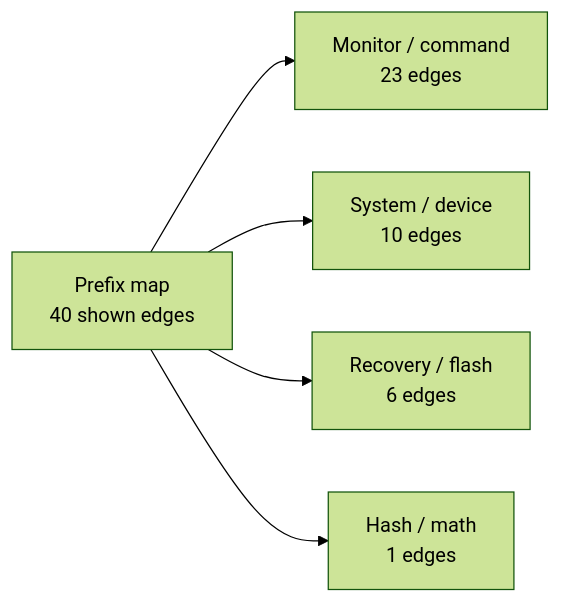
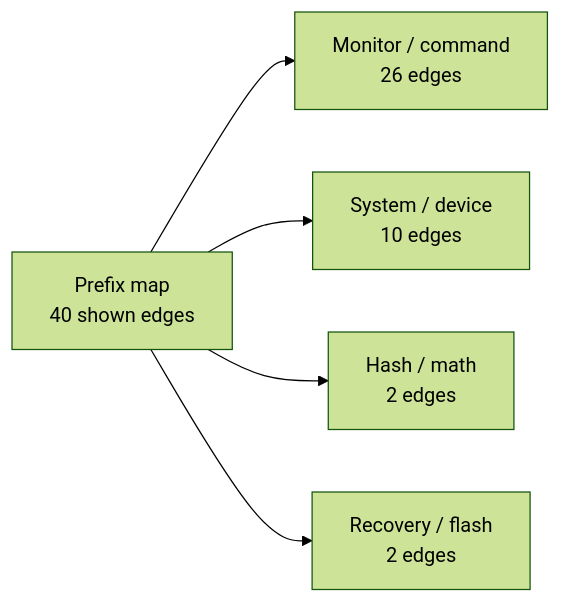
The first of 7 diagrams in DOC/GENERATED/ROUTINE_PREFIX_MAP.md (95westus/R-YORS), drawn with Mermaid (forest theme) before and after one commit. The commit also changed other lines of this file and 65 other files, not shown here.

````diff
--- a/DOC/GENERATED/ROUTINE_PREFIX_MAP.md
+++ b/DOC/GENERATED/ROUTINE_PREFIX_MAP.md
@@ -16,7 +16,7 @@
 ```mermaid
 flowchart LR
-    MAP_ROOT_PREFIX_MAP["Prefix map<br/>40 shown edges"] --> MAP_FAMILY_MONITOR___COMMAND["Monitor / command<br/>23 edges"]
+    MAP_ROOT_PREFIX_MAP["Prefix map<br/>40 shown edges"] --> MAP_FAMILY_MONITOR___COMMAND["Monitor / command<br/>26 edges"]
     MAP_ROOT_PREFIX_MAP["Prefix map<br/>40 shown edges"] --> MAP_FAMILY_SYSTEM___DEVICE["System / device<br/>10 edges"]
-    MAP_ROOT_PREFIX_MAP["Prefix map<br/>40 shown edges"] --> MAP_FAMILY_RECOVERY___FLASH["Recovery / flash<br/>6 edges"]
-    MAP_ROOT_PREFIX_MAP["Prefix map<br/>40 shown edges"] --> MAP_FAMILY_HASH___MATH["Hash / math<br/>1 edges"]
+    MAP_ROOT_PREFIX_MAP["Prefix map<br/>40 shown edges"] --> MAP_FAMILY_HASH___MATH["Hash / math<br/>2 edges"]
+    MAP_ROOT_PREFIX_MAP["Prefix map<br/>40 shown edges"] --> MAP_FAMILY_RECOVERY___FLASH["Recovery / flash<br/>2 edges"]
 ```
````
